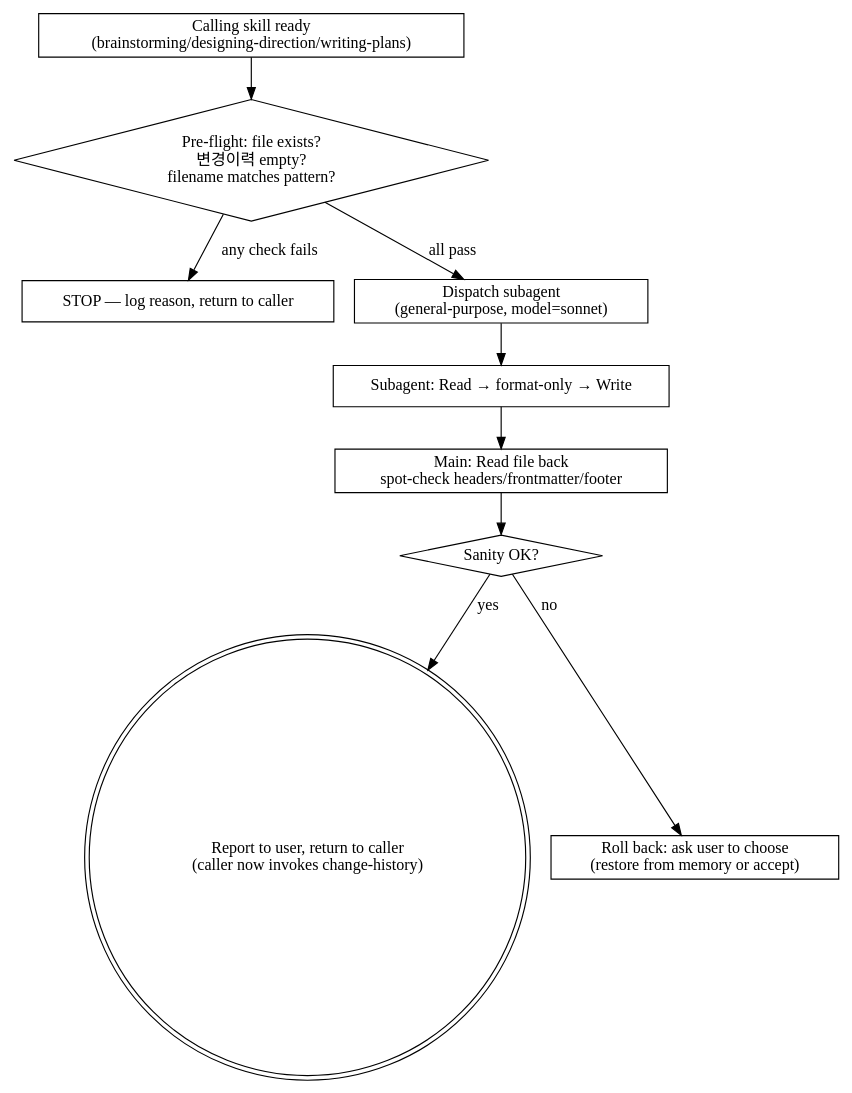
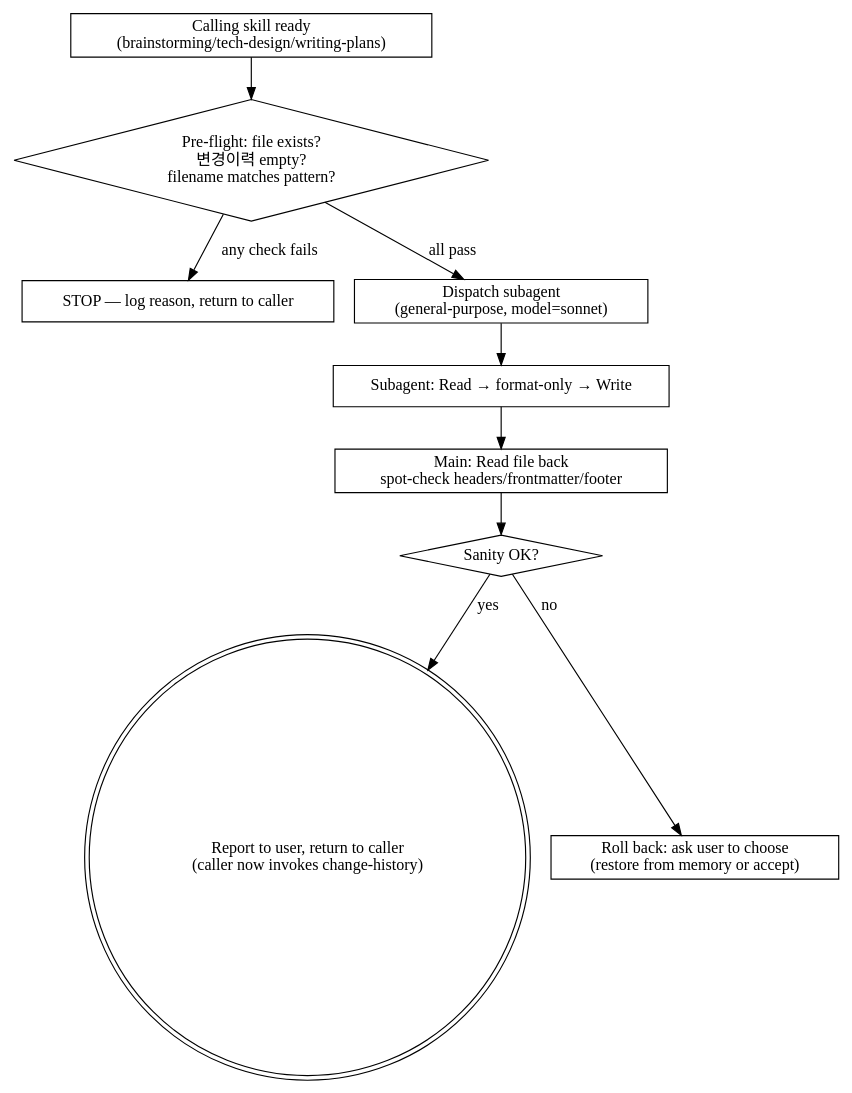
The diagram in skills/generating-html/SKILL.md (deokjinlog/intent-locked-workflow), drawn with Graphviz before and after one commit. The commit also changed other lines of this file and 30 other files, not shown here.

First line of the commit message:
refactor(v2.6.2): design → tech-design 전체 rename

````diff
--- a/skills/generating-html/SKILL.md
+++ b/skills/generating-html/SKILL.md
@@ -173,22 +173,22 @@
 ```dot
 digraph generating_html {
-    "Calling skill ready\n(brainstorming/designing-direction/writing-plans)" [shape=box];
+    "Calling skill ready\n(brainstorming/tech-design/writing-plans)" [shape=box];
     "Pre-flight: file exists?\n변경이력 empty?\nfilename matches pattern?" [shape=diamond];
     "STOP — log reason, return to caller" [shape=box];
     "Dispatch subagent\n(general-purpose, model=sonnet)" [shape=box];
     "Subagent: Read → format-only → Write" [shape=box];
     "Main: Read file back\nspot-check headers/frontmatter/footer" [shape=box];
     "Sanity OK?" [shape=diamond];
     "Report to user, return to caller\n(caller now invokes change-history)" [shape=doublecircle];
     "Roll back: ask user to choose\n(restore from memory or accept)" [shape=box];
 
-    "Calling skill ready\n(brainstorming/designing-direction/writing-plans)" -> "Pre-flight: file exists?\n변경이력 empty?\nfilename matches pattern?";
+    "Calling skill ready\n(brainstorming/tech-design/writing-plans)" -> "Pre-flight: file exists?\n변경이력 empty?\nfilename matches pattern?";
     "Pre-flight: file exists?\n변경이력 empty?\nfilename matches pattern?" -> "STOP — log reason, return to caller" [label="any check fails"];
     "Pre-flight: file exists?\n변경이력 empty?\nfilename matches pattern?" -> "Dispatch subagent\n(general-purpose, model=sonnet)" [label="all pass"];
     "Dispatch subagent\n(general-purpose, model=sonnet)" -> "Subagent: Read → format-only → Write";
     "Subagent: Read → format-only → Write" -> "Main: Read file back\nspot-check headers/frontmatter/footer";
     "Main: Read file back\nspot-check headers/frontmatter/footer" -> "Sanity OK?";
     "Sanity OK?" -> "Report to user, return to caller\n(caller now invokes change-history)" [label="yes"];
     "Sanity OK?" -> "Roll back: ask user to choose\n(restore from memory or accept)" [label="no"];
 }
 ```
````
